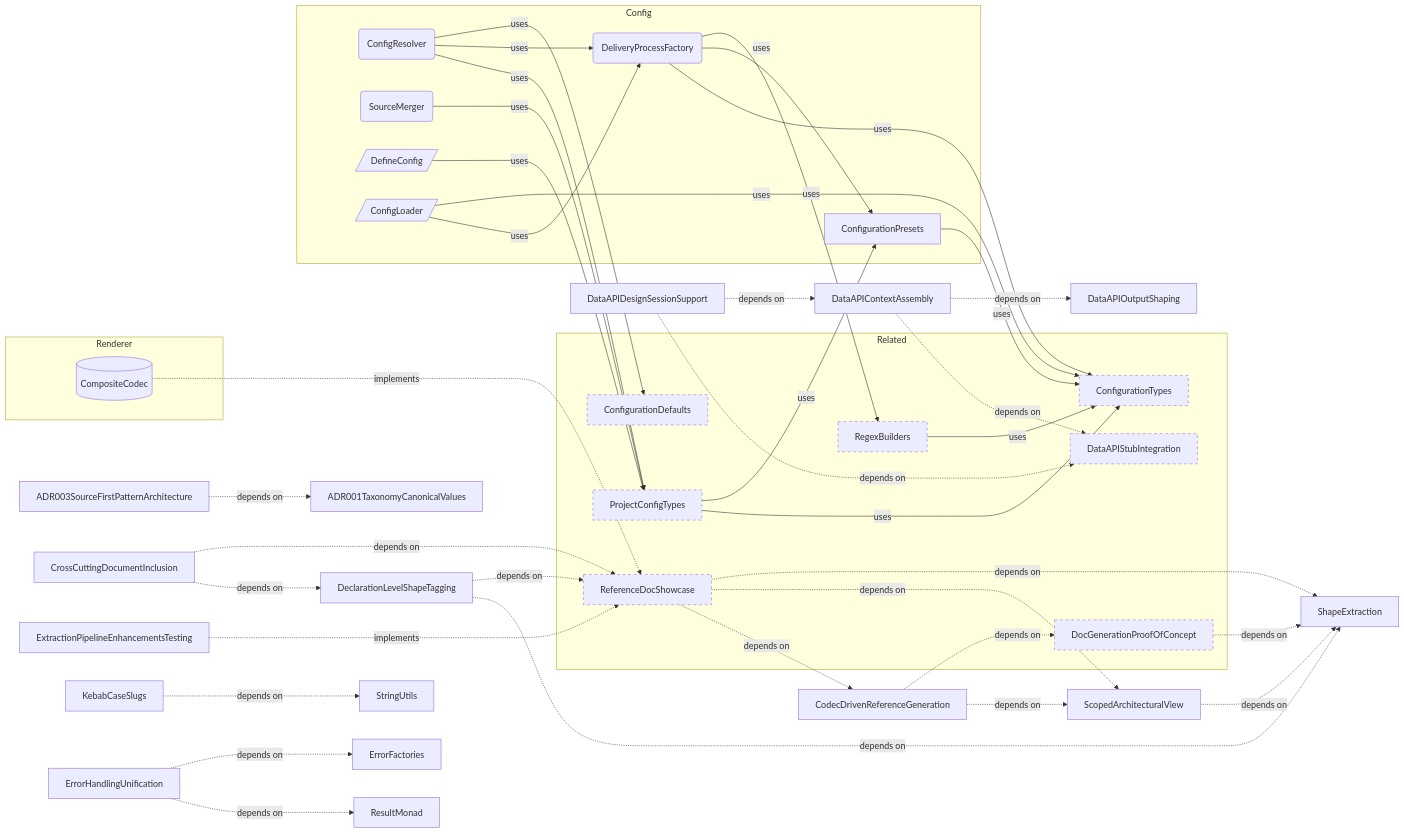
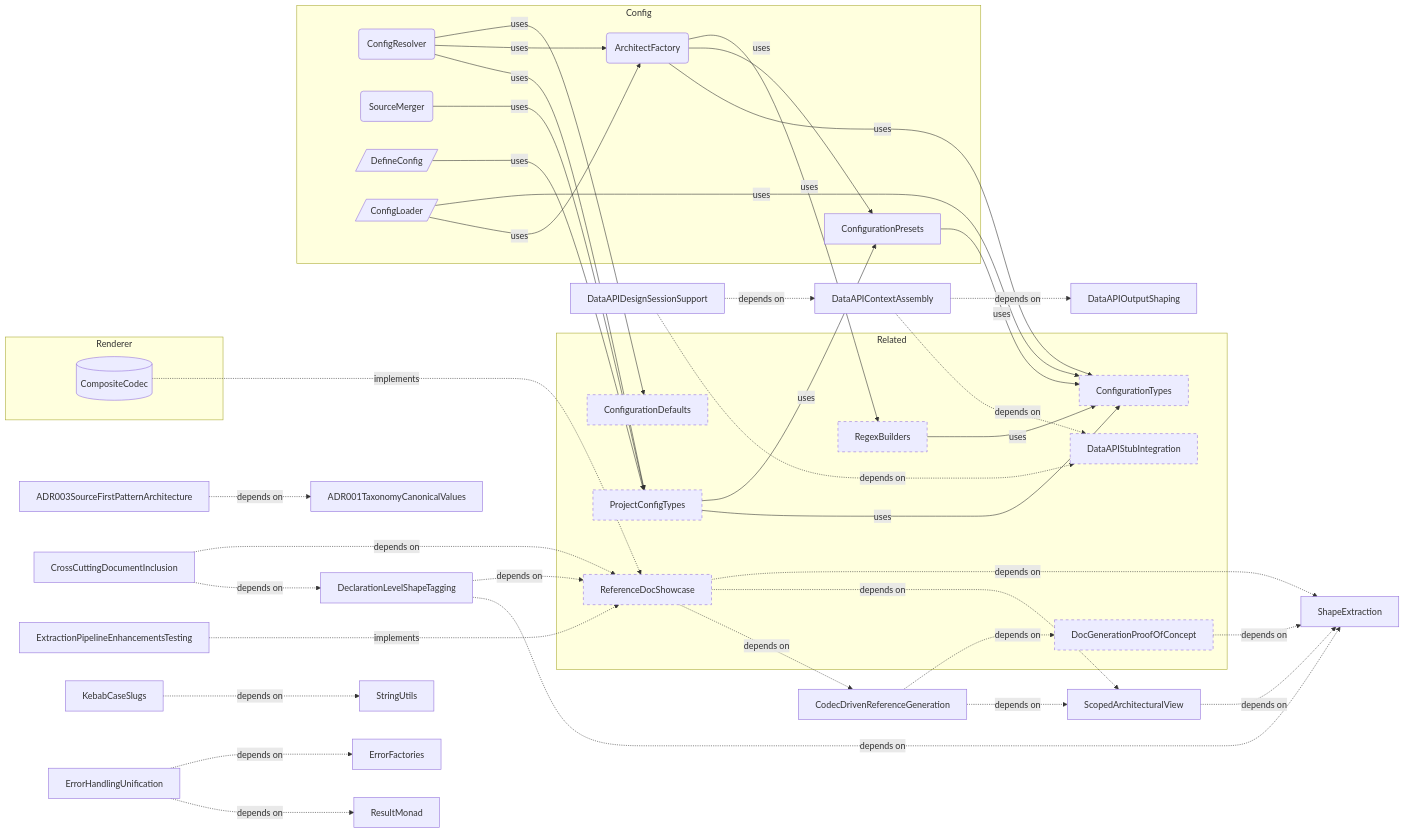
The second of 2 diagrams in docs-live/PRODUCT-AREAS.md (libar-dev/architect), drawn with Mermaid before and after one commit. The commit also changed other lines of this file and 732 other files, not shown here.

First line of the commit message:
feat: rebrand from delivery-process to Architect

````diff
--- a/docs-live/PRODUCT-AREAS.md
+++ b/docs-live/PRODUCT-AREAS.md
@@ -179,75 +179,75 @@
 ```mermaid
 graph LR
     subgraph config["Config"]
         ConfigResolver("ConfigResolver")
         ConfigurationPresets["ConfigurationPresets"]
         SourceMerger("SourceMerger")
-        DeliveryProcessFactory("DeliveryProcessFactory")
+        ArchitectFactory("ArchitectFactory")
         DefineConfig[/"DefineConfig"/]
         ConfigLoader[/"ConfigLoader"/]
     end
     subgraph renderer["Renderer"]
         CompositeCodec[("CompositeCodec")]
     end
     ADR003SourceFirstPatternArchitecture["ADR003SourceFirstPatternArchitecture"]
     ADR001TaxonomyCanonicalValues["ADR001TaxonomyCanonicalValues"]
     ShapeExtraction["ShapeExtraction"]
     ScopedArchitecturalView["ScopedArchitecturalView"]
     DeclarationLevelShapeTagging["DeclarationLevelShapeTagging"]
     DataAPIDesignSessionSupport["DataAPIDesignSessionSupport"]
     DataAPIOutputShaping["DataAPIOutputShaping"]
     DataAPIContextAssembly["DataAPIContextAssembly"]
     CrossCuttingDocumentInclusion["CrossCuttingDocumentInclusion"]
     CodecDrivenReferenceGeneration["CodecDrivenReferenceGeneration"]
     StringUtils["StringUtils"]
     ResultMonad["ResultMonad"]
     ErrorFactories["ErrorFactories"]
     ExtractionPipelineEnhancementsTesting["ExtractionPipelineEnhancementsTesting"]
     KebabCaseSlugs["KebabCaseSlugs"]
     ErrorHandlingUnification["ErrorHandlingUnification"]
     subgraph related["Related"]
         ConfigurationTypes["ConfigurationTypes"]:::neighbor
         RegexBuilders["RegexBuilders"]:::neighbor
         ProjectConfigTypes["ProjectConfigTypes"]:::neighbor
         ConfigurationDefaults["ConfigurationDefaults"]:::neighbor
         ReferenceDocShowcase["ReferenceDocShowcase"]:::neighbor
         DocGenerationProofOfConcept["DocGenerationProofOfConcept"]:::neighbor
         DataAPIStubIntegration["DataAPIStubIntegration"]:::neighbor
     end
     ConfigResolver -->|uses| ProjectConfigTypes
-    ConfigResolver -->|uses| DeliveryProcessFactory
+    ConfigResolver -->|uses| ArchitectFactory
     ConfigResolver -->|uses| ConfigurationDefaults
     ConfigurationPresets -->|uses| ConfigurationTypes
     SourceMerger -->|uses| ProjectConfigTypes
-    DeliveryProcessFactory -->|uses| ConfigurationTypes
-    DeliveryProcessFactory -->|uses| ConfigurationPresets
-    DeliveryProcessFactory -->|uses| RegexBuilders
+    ArchitectFactory -->|uses| ConfigurationTypes
+    ArchitectFactory -->|uses| ConfigurationPresets
+    ArchitectFactory -->|uses| RegexBuilders
     DefineConfig -->|uses| ProjectConfigTypes
-    ConfigLoader -->|uses| DeliveryProcessFactory
+    ConfigLoader -->|uses| ArchitectFactory
     ConfigLoader -->|uses| ConfigurationTypes
     CompositeCodec ..->|implements| ReferenceDocShowcase
     ADR003SourceFirstPatternArchitecture -.->|depends on| ADR001TaxonomyCanonicalValues
     ScopedArchitecturalView -.->|depends on| ShapeExtraction
     DeclarationLevelShapeTagging -.->|depends on| ShapeExtraction
     DeclarationLevelShapeTagging -.->|depends on| ReferenceDocShowcase
     DataAPIDesignSessionSupport -.->|depends on| DataAPIContextAssembly
     DataAPIDesignSessionSupport -.->|depends on| DataAPIStubIntegration
     DataAPIContextAssembly -.->|depends on| DataAPIOutputShaping
     DataAPIContextAssembly -.->|depends on| DataAPIStubIntegration
     CrossCuttingDocumentInclusion -.->|depends on| DeclarationLevelShapeTagging
     CrossCuttingDocumentInclusion -.->|depends on| ReferenceDocShowcase
     CodecDrivenReferenceGeneration -.->|depends on| DocGenerationProofOfConcept
     CodecDrivenReferenceGeneration -.->|depends on| ScopedArchitecturalView
     ExtractionPipelineEnhancementsTesting ..->|implements| ReferenceDocShowcase
     KebabCaseSlugs -.->|depends on| StringUtils
     ErrorHandlingUnification -.->|depends on| ResultMonad
     ErrorHandlingUnification -.->|depends on| ErrorFactories
     RegexBuilders -->|uses| ConfigurationTypes
     ProjectConfigTypes -->|uses| ConfigurationTypes
     ProjectConfigTypes -->|uses| ConfigurationPresets
     ReferenceDocShowcase -.->|depends on| CodecDrivenReferenceGeneration
     ReferenceDocShowcase -.->|depends on| ScopedArchitecturalView
     ReferenceDocShowcase -.->|depends on| ShapeExtraction
     DocGenerationProofOfConcept -.->|depends on| ShapeExtraction
     classDef neighbor stroke-dasharray: 5 5
 ```
````
